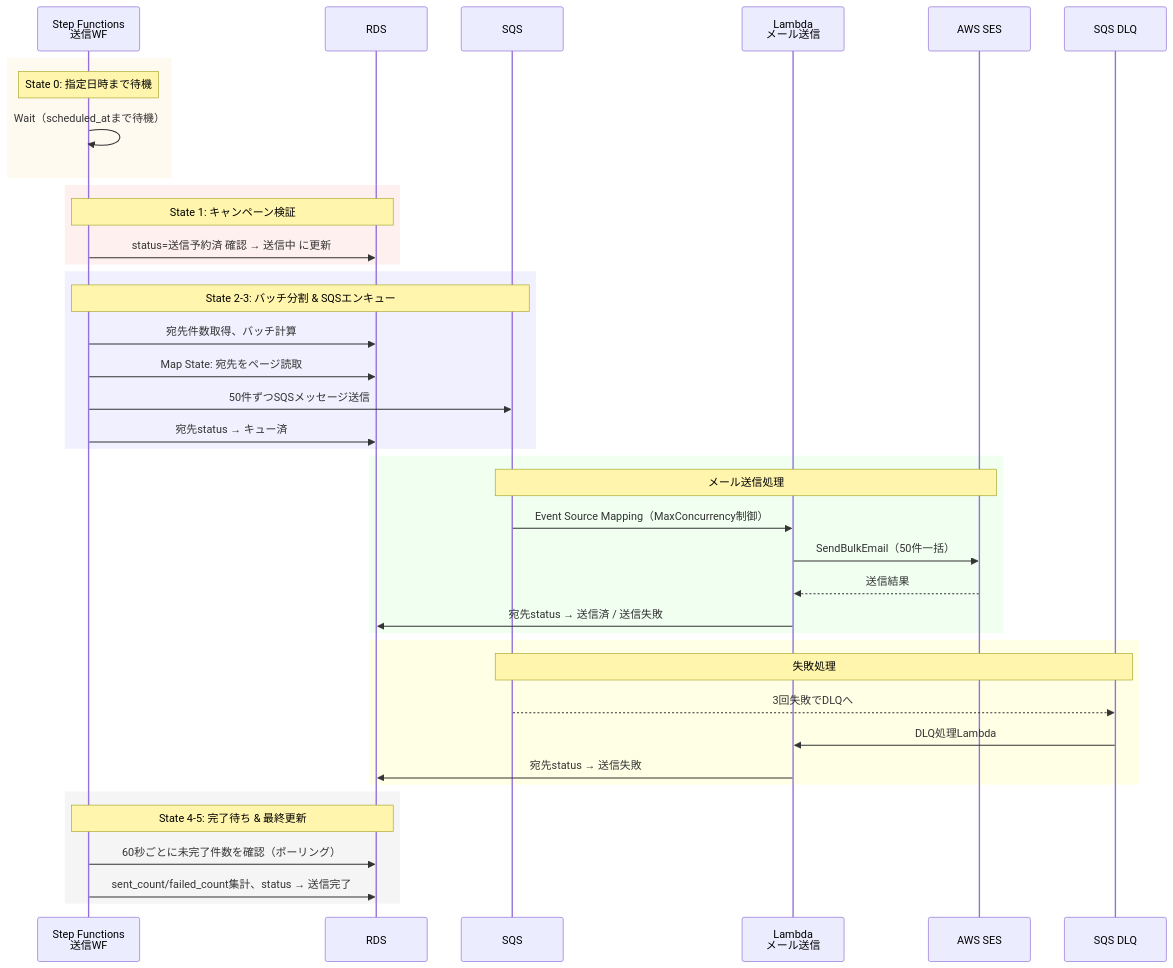
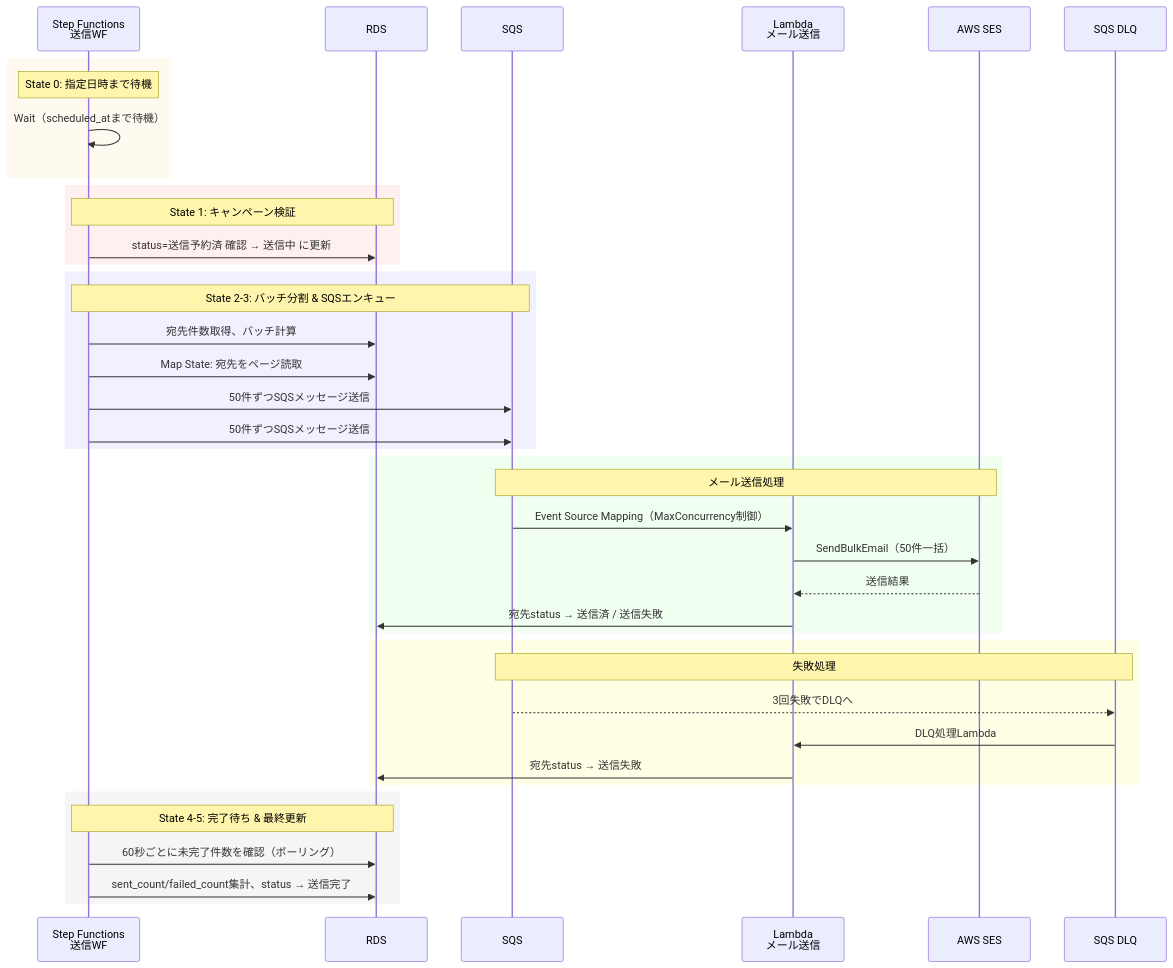
One commit to muratariku0903/mass-emailing changed the fifth of 5 diagrams in docs/00-overview.md. Above: the diagram before and after it, drawn with Mermaid. The commit also changed other lines of this file and 2 other files, not shown here.

````diff
--- a/docs/00-overview.md
+++ b/docs/00-overview.md
@@ -145,48 +143,48 @@
 ```mermaid
 sequenceDiagram
     participant SFn as Step Functions<br/>送信WF
     participant RDS
     participant SQS
     participant Lambda as Lambda<br/>メール送信
     participant SES as AWS SES
     participant DLQ as SQS DLQ
 
     rect rgb(255, 250, 240)
     Note over SFn: State 0: 指定日時まで待機
     SFn->>SFn: Wait（scheduled_atまで待機）
     end
 
     rect rgb(255, 240, 240)
     Note over SFn, RDS: State 1: キャンペーン検証
     SFn->>RDS: status=送信予約済 確認 → 送信中 に更新
     end
 
     rect rgb(240, 240, 255)
     Note over SFn, SQS: State 2-3: バッチ分割 & SQSエンキュー
     SFn->>RDS: 宛先件数取得、バッチ計算
     SFn->>RDS: Map State: 宛先をページ読取
     SFn->>SQS: 50件ずつSQSメッセージ送信
-    SFn->>RDS: 宛先status → キュー済
+    SFn->>SQS: 50件ずつSQSメッセージ送信
     end
 
     rect rgb(240, 255, 240)
     Note over SQS, SES: メール送信処理
     SQS->>Lambda: Event Source Mapping（MaxConcurrency制御）
     Lambda->>SES: SendBulkEmail（50件一括）
     SES-->>Lambda: 送信結果
     Lambda->>RDS: 宛先status → 送信済 / 送信失敗
     end
 
     rect rgb(255, 255, 230)
     Note over SQS, DLQ: 失敗処理
     SQS-->>DLQ: 3回失敗でDLQへ
     DLQ->>Lambda: DLQ処理Lambda
     Lambda->>RDS: 宛先status → 送信失敗
     end
 
     rect rgb(245, 245, 245)
     Note over SFn, RDS: State 4-5: 完了待ち & 最終更新
     SFn->>RDS: 60秒ごとに未完了件数を確認（ポーリング）
     SFn->>RDS: sent_count/failed_count集計、status → 送信完了
     end
 ```
````
